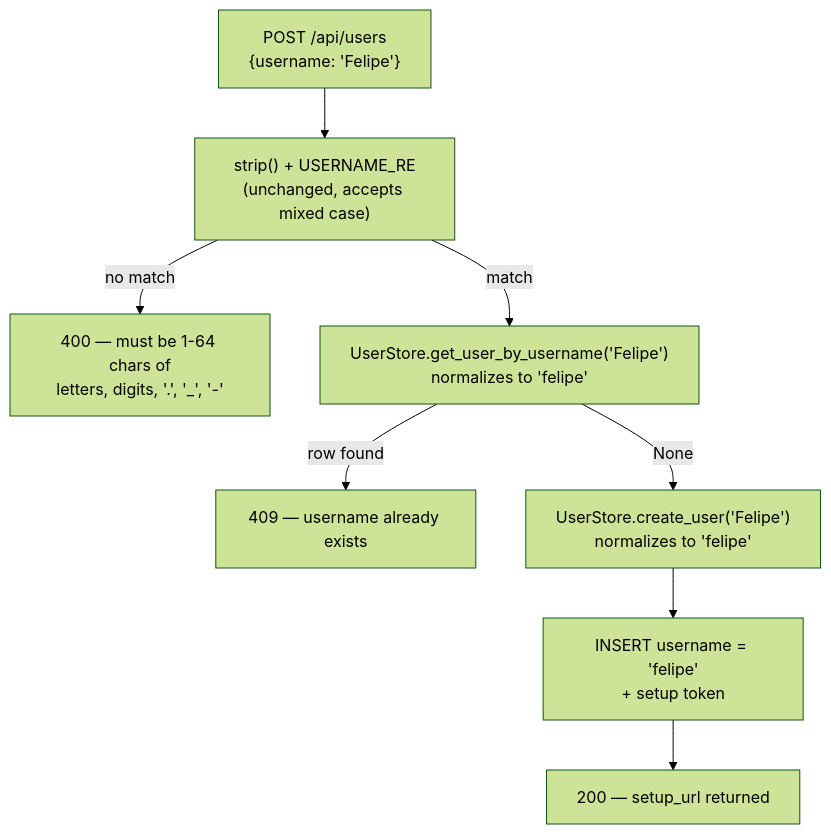
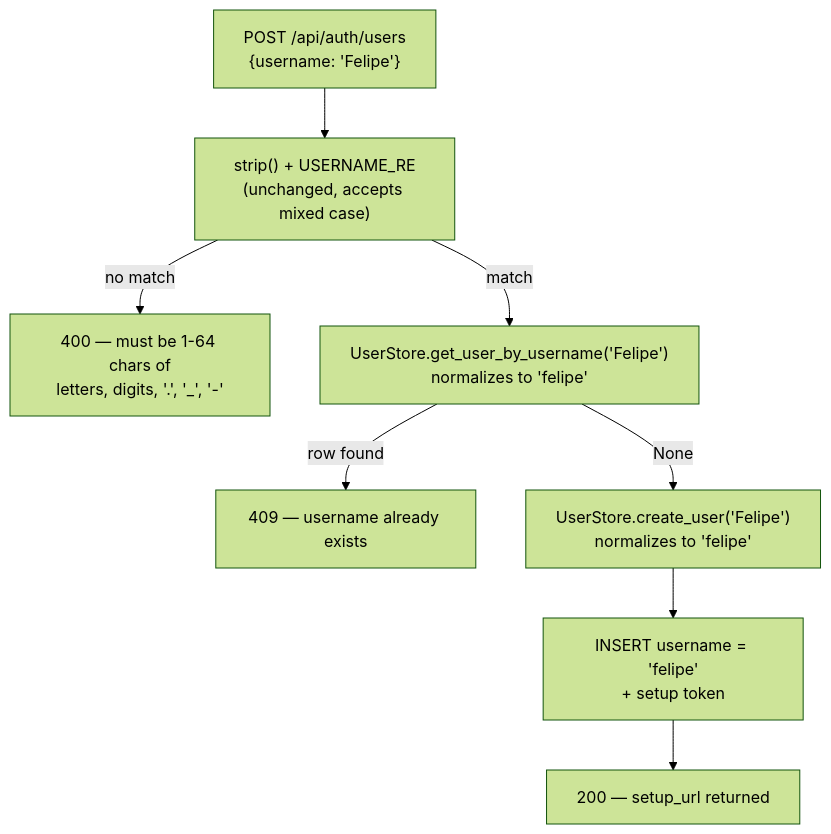
One commit to felipe-stanham/HomeHelper changed the second of 3 diagrams in docs/Projects/P-0011/spec.md. Above: the diagram before and after it, drawn with Mermaid (forest theme). The commit also changed other lines of this file and 13 other files, not shown here.

````diff
--- a/docs/Projects/P-0011/spec.md
+++ b/docs/Projects/P-0011/spec.md
@@ -189,10 +190,10 @@
 ```mermaid
 flowchart TD
-    A["POST /api/users<br/>{username: 'Felipe'}"] --> B["strip() + USERNAME_RE<br/>(unchanged, accepts mixed case)"]
+    A["POST /api/auth/users<br/>{username: 'Felipe'}"] --> B["strip() + USERNAME_RE<br/>(unchanged, accepts mixed case)"]
     B -->|no match| C["400 — must be 1-64 chars of<br/>letters, digits, '.', '_', '-'"]
     B -->|match| D["UserStore.get_user_by_username('Felipe')<br/>normalizes to 'felipe'"]
     D -->|row found| E["409 — username already exists"]
     D -->|None| F["UserStore.create_user('Felipe')<br/>normalizes to 'felipe'"]
     F --> G["INSERT username = 'felipe'<br/>+ setup token"]
     G --> H["200 — setup_url returned"]
 ```
````
